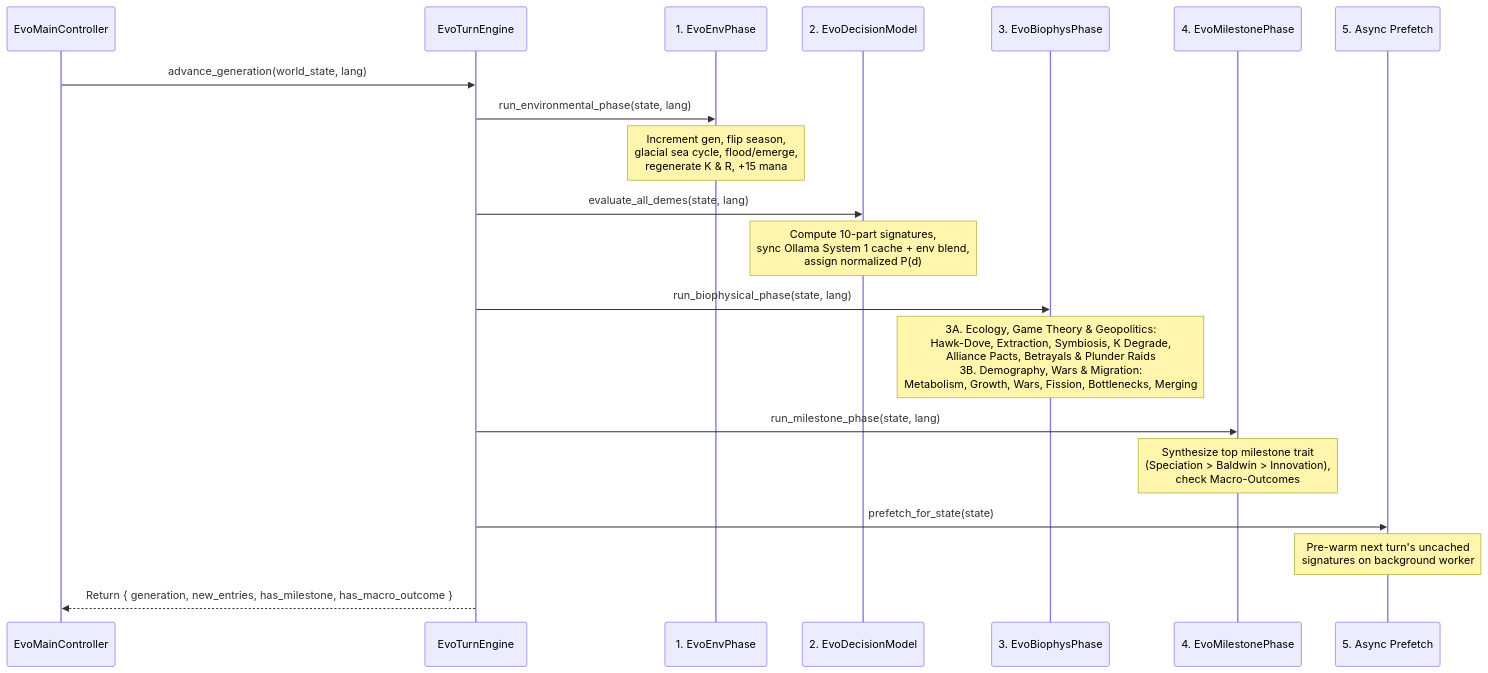
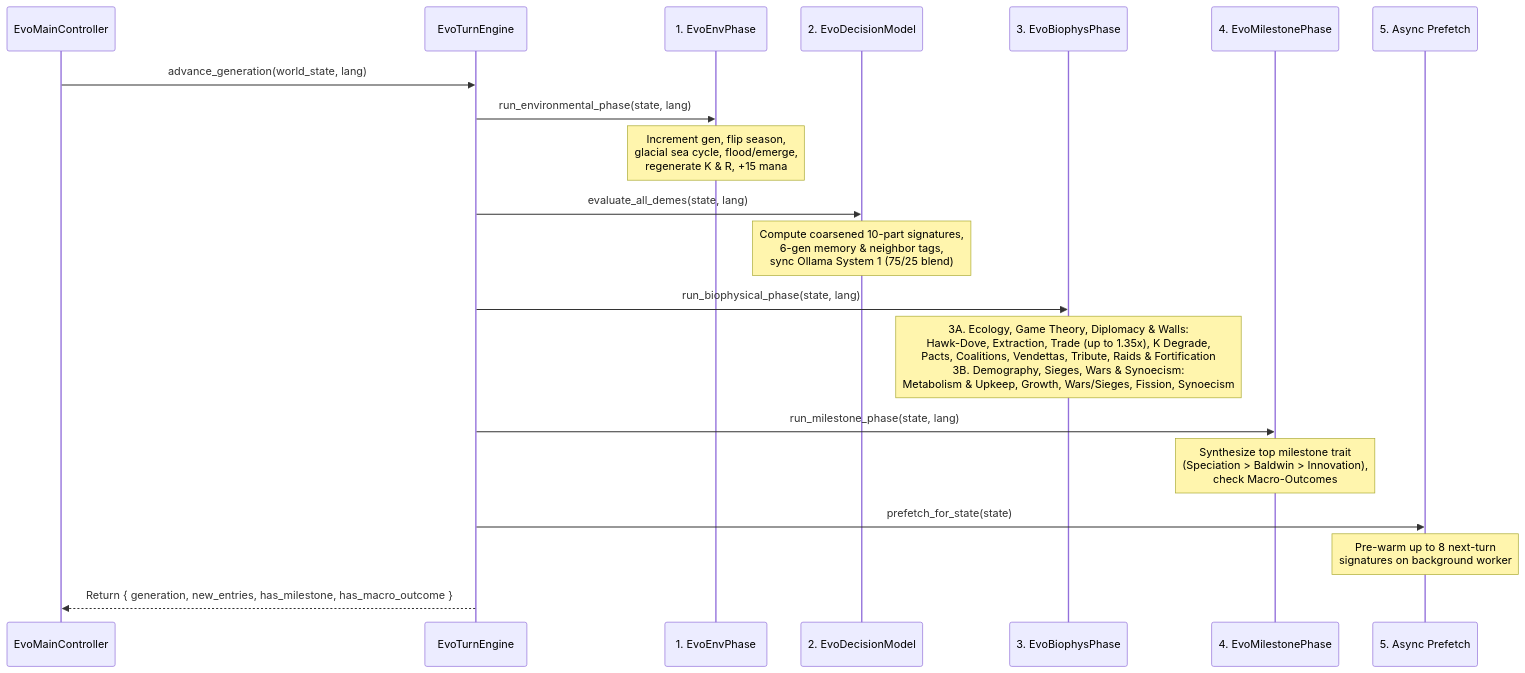
Before and after one commit to arrase/Evolution: the first of 2 diagrams in gh-pages/turn_iterations_mechanics.md, drawn with Mermaid. The commit also changed other lines of this file and 35 other files, not shown here.

````diff
--- a/gh-pages/turn_iterations_mechanics.md
+++ b/gh-pages/turn_iterations_mechanics.md
@@ -9,23 +9,23 @@
 ```mermaid
 sequenceDiagram
     participant Main as EvoMainController
     participant Turn as EvoTurnEngine
     participant Env as 1. EvoEnvPhase
     participant Cog as 2. EvoDecisionModel
     participant Bio as 3. EvoBiophysPhase
     participant Mile as 4. EvoMilestonePhase
     participant Pre as 5. Async Prefetch
 
     Main->>Turn: advance_generation(world_state, lang)
     Turn->>Env: run_environmental_phase(state, lang)
     Note over Env: Increment gen, flip season,<br/>glacial sea cycle, flood/emerge,<br/>regenerate K & R, +15 mana
     Turn->>Cog: evaluate_all_demes(state, lang)
-    Note over Cog: Compute 10-part signatures,<br/>sync Ollama System 1 cache + env blend,<br/>assign normalized P(d)
+    Note over Cog: Compute coarsened 10-part signatures,<br/>6-gen memory & neighbor tags,<br/>sync Ollama System 1 (75/25 blend)
     Turn->>Bio: run_biophysical_phase(state, lang)
-    Note over Bio: 3A. Ecology, Game Theory & Geopolitics:<br/>Hawk-Dove, Extraction, Symbiosis, K Degrade,<br/>Alliance Pacts, Betrayals & Plunder Raids<br/>3B. Demography, Wars & Migration:<br/>Metabolism, Growth, Wars, Fission, Bottlenecks, Merging
+    Note over Bio: 3A. Ecology, Game Theory, Diplomacy & Walls:<br/>Hawk-Dove, Extraction, Trade (up to 1.35x), K Degrade,<br/>Pacts, Coalitions, Vendettas, Tribute, Raids & Fortification<br/>3B. Demography, Sieges, Wars & Synoecism:<br/>Metabolism & Upkeep, Growth, Wars/Sieges, Fission, Synoecism
     Turn->>Mile: run_milestone_phase(state, lang)
     Note over Mile: Synthesize top milestone trait<br/>(Speciation > Baldwin > Innovation),<br/>check Macro-Outcomes
     Turn->>Pre: prefetch_for_state(state)
-    Note over Pre: Pre-warm next turn's uncached<br/>signatures on background worker
+    Note over Pre: Pre-warm up to 8 next-turn<br/>signatures on background worker
     Turn-->>Main: Return { generation, new_entries, has_milestone, has_macro_outcome }
 ```
````
